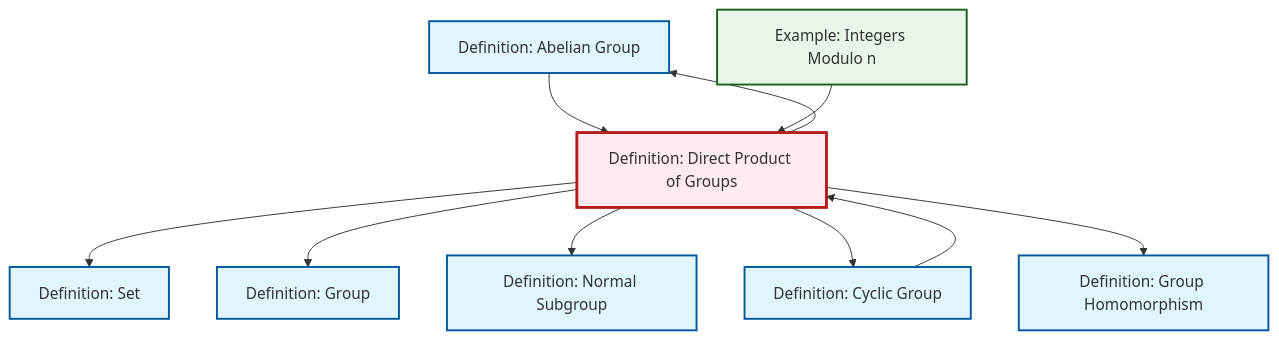
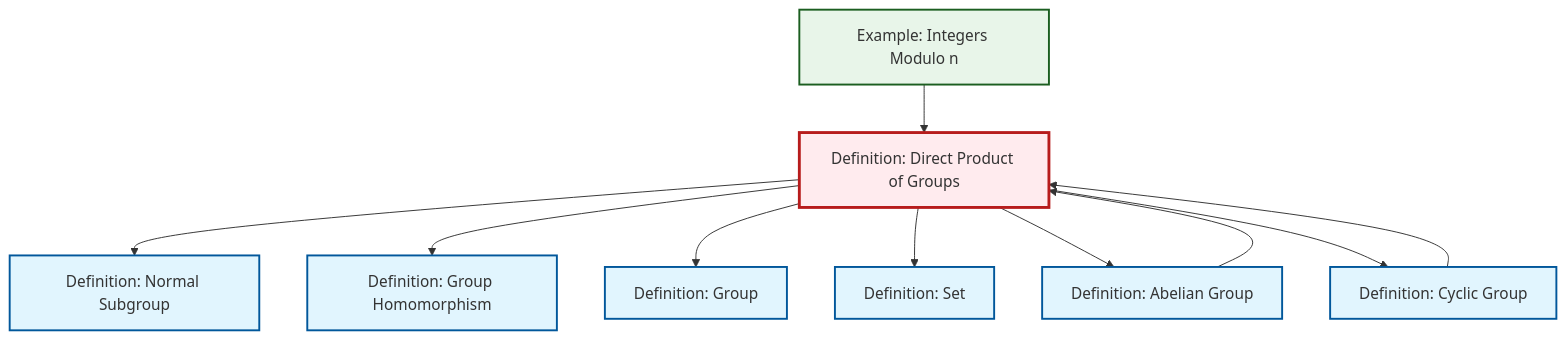
Before and after one commit to RK0429/ModernMath: the diagram in content/en/algebra/def-direct-product.qmd, drawn with Mermaid. The commit also changed other lines of this file and 554 other files, not shown here.

````diff
--- a/content/en/algebra/def-direct-product.qmd
+++ b/content/en/algebra/def-direct-product.qmd
@@ -103,34 +103,34 @@
 ```{mermaid}
 %%| fig-cap: "Local dependency graph"
 graph TD
     classDef definition fill:#e1f5fe,stroke:#01579b,stroke-width:2px
     classDef theorem fill:#f3e5f5,stroke:#4a148c,stroke-width:2px
     classDef axiom fill:#fff3e0,stroke:#e65100,stroke-width:2px
     classDef example fill:#e8f5e9,stroke:#1b5e20,stroke-width:2px
     classDef current fill:#ffebee,stroke:#b71c1c,stroke-width:3px
+    def-direct-product["Definition: Direct Product of Groups"]:::definition
     def-abelian-group["Definition: Abelian Group"]:::definition
+    ex-quotient-integers-mod-n["Example: Integers Modulo n"]:::example
     def-cyclic-group["Definition: Cyclic Group"]:::definition
+    def-group["Definition: Group"]:::definition
     def-set["Definition: Set"]:::definition
-    def-group["Definition: Group"]:::definition
     def-normal-subgroup["Definition: Normal Subgroup"]:::definition
-    ex-quotient-integers-mod-n["Example: Integers Modulo n"]:::example
-    def-direct-product["Definition: Direct Product of Groups"]:::definition
     def-homomorphism["Definition: Group Homomorphism"]:::definition
-    def-direct-product --> def-set
-    def-abelian-group --> def-direct-product
-    def-direct-product --> def-group
     def-direct-product --> def-normal-subgroup
-    def-cyclic-group --> def-direct-product
-    def-direct-product --> def-cyclic-group
     def-direct-product --> def-homomorphism
     ex-quotient-integers-mod-n --> def-direct-product
+    def-direct-product --> def-group
+    def-direct-product --> def-set
     def-direct-product --> def-abelian-group
+    def-abelian-group --> def-direct-product
+    def-direct-product --> def-cyclic-group
+    def-cyclic-group --> def-direct-product
     class def-direct-product current
     click def-abelian-group "def-abelian-group.html" "Go to Abelian Group definition"
+    click ex-quotient-integers-mod-n "ex-quotient-integers-mod-n.html" "Go to Integers Modulo n example"
     click def-cyclic-group "def-cyclic-group.html" "Go to Cyclic Group definition"
+    click def-group "def-group.html" "Go to Group definition"
     click def-set "def-set.html" "Go to Set definition"
-    click def-group "def-group.html" "Go to Group definition"
     click def-normal-subgroup "def-normal-subgroup.html" "Go to Normal Subgroup definition"
-    click ex-quotient-integers-mod-n "ex-quotient-integers-mod-n.html" "Go to Integers Modulo n example"
     click def-homomorphism "def-homomorphism.html" "Go to Group Homomorphism definition"
 ```
````
